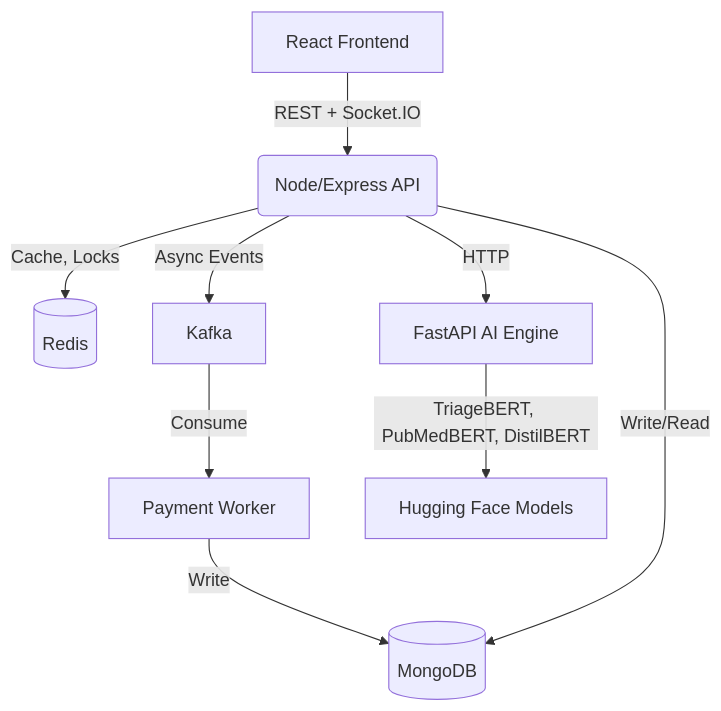
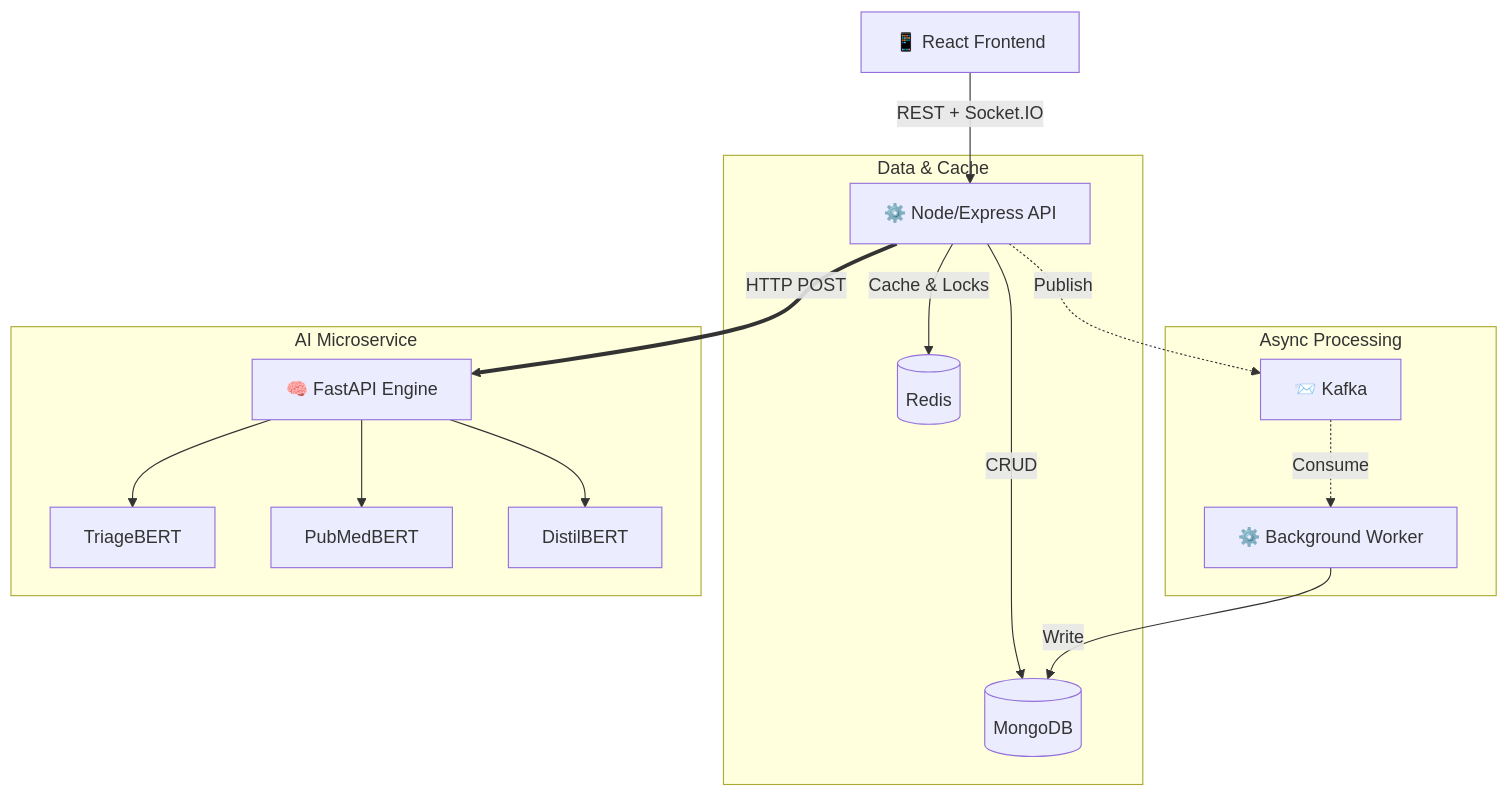
Before and after one commit to khushalmidha/MediPulse: the diagram in README.md, drawn with Mermaid.

Commit message:
docs: refactor mermaid architecture diagram for clarity

````diff
--- a/README.md
+++ b/README.md
@@ -81,11 +81,22 @@
 ```mermaid
-graph TD;
-    A[React Frontend] -->|REST + Socket.IO| B(Node/Express API)
-    B -->|Cache, Locks| C[(Redis)]
-    B -->|Async Events| D[Kafka]
-    D -->|Consume| E[Payment Worker]
-    E -->|Write| F[(MongoDB)]
-    B -->|Write/Read| F
-    B -->|HTTP| G[FastAPI AI Engine]
-    G -->|TriageBERT, PubMedBERT, DistilBERT| H[Hugging Face Models]
+graph TD
+    Client[📱 React Frontend] -->|REST + Socket.IO| API[⚙️ Node/Express API]
+
+    subgraph "Data & Cache"
+        API -->|Cache & Locks| Redis[(Redis)]
+        API -->|CRUD| DB[(MongoDB)]
+    end
+
+    subgraph "Async Processing"
+        API -.->|Publish| Kafka[📨 Kafka]
+        Kafka -.->|Consume| Worker[⚙️ Background Worker]
+        Worker -->|Write| DB
+    end
+
+    subgraph "AI Microservice"
+        API ==>|HTTP POST| FastAPI[🧠 FastAPI Engine]
+        FastAPI --> Triage[TriageBERT]
+        FastAPI --> Specialty[PubMedBERT]
+        FastAPI --> Disease[DistilBERT]
+    end
 ```
````
